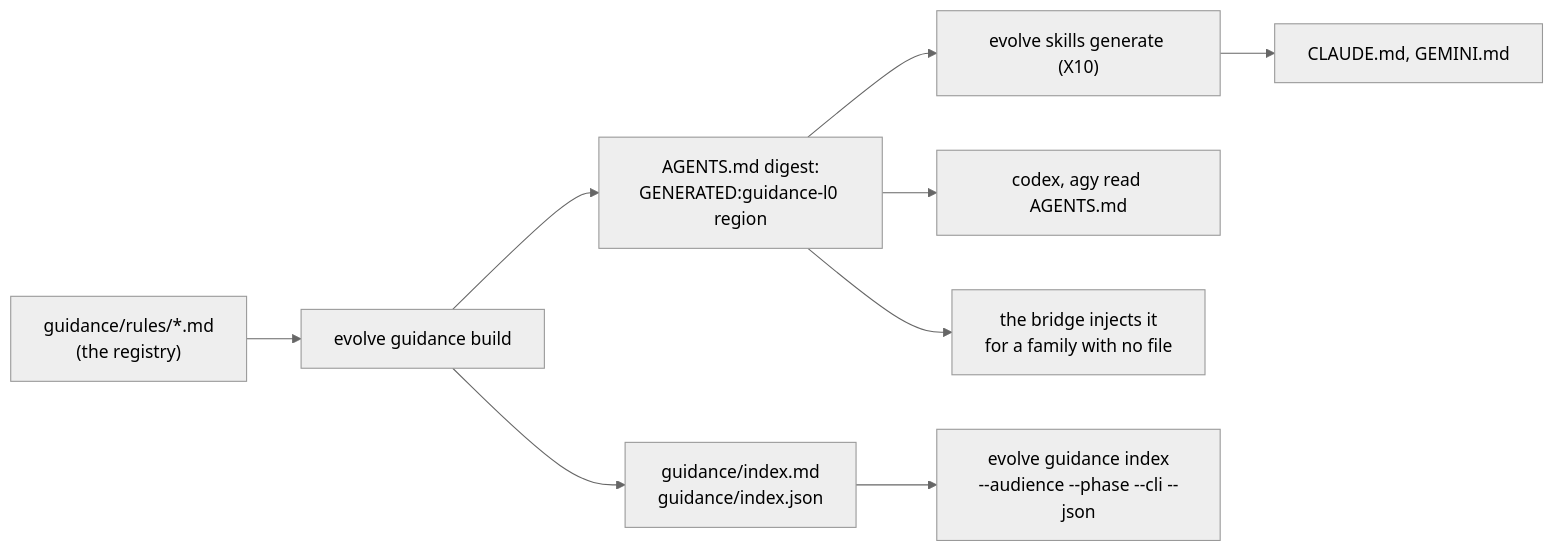
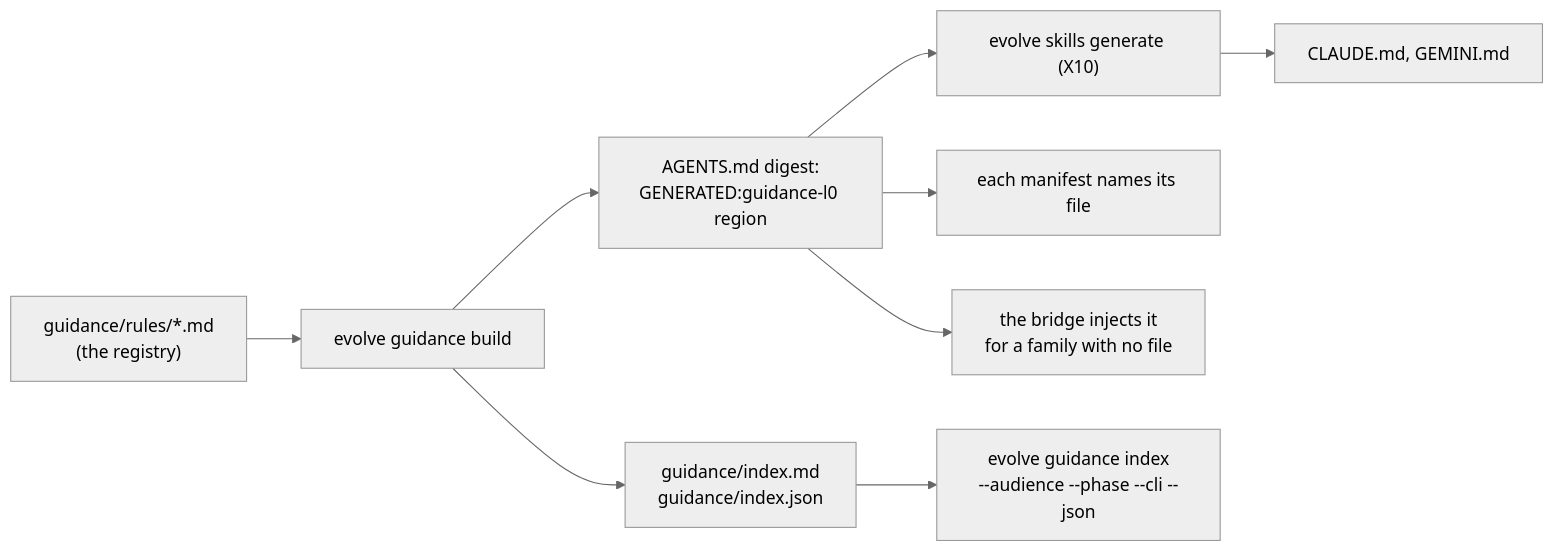
One commit to mickeyyaya/evolve-loop changed the diagram in docs/architecture/guidance-layers.md. Above: the diagram before and after it, drawn with Mermaid (neutral theme). The commit also changed other lines of this file and 21 other files, not shown here.

````diff
--- a/docs/architecture/guidance-layers.md
+++ b/docs/architecture/guidance-layers.md
@@ -195,11 +195,11 @@
 ```mermaid
 flowchart LR
     R["guidance/rules/*.md<br/>(the registry)"] --> B["evolve guidance build"]
     B --> I["guidance/index.md<br/>guidance/index.json"]
     B --> A["AGENTS.md digest:<br/>GENERATED:guidance-l0 region"]
     A --> S["evolve skills generate (X10)"]
     S --> C["CLAUDE.md, GEMINI.md"]
-    A --> X["codex, agy read AGENTS.md"]
+    A --> X["each manifest names its file"]
     A --> O["the bridge injects it<br/>for a family with no file"]
     I --> V["evolve guidance index<br/>--audience --phase --cli --json"]
 ```
````
